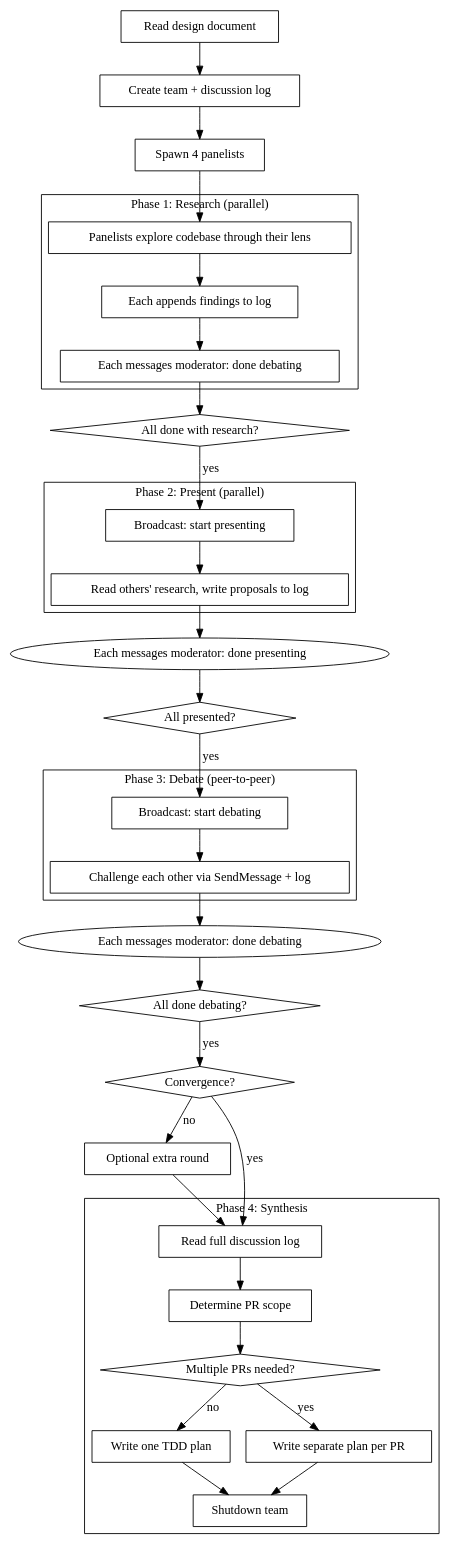
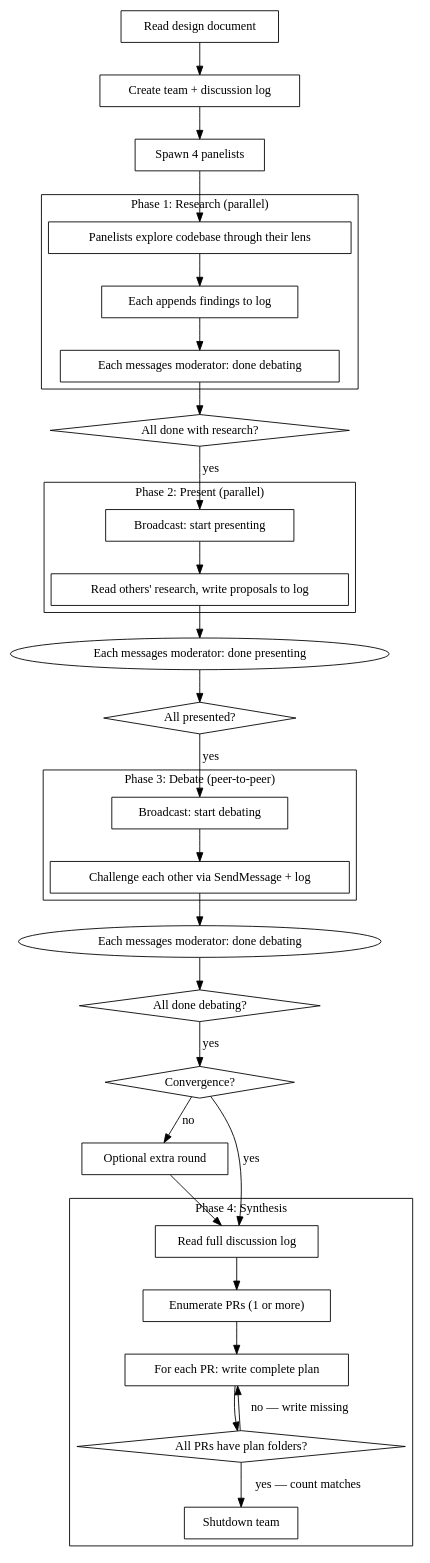
The second of 2 diagrams in skills/debating-tdd-plans/SKILL.md (Dethon/ai-dev-flow), drawn with Graphviz before and after one commit. The commit also changed other lines of this file and 4 other files, not shown here.

Commit message:
Bump plugin version to 1.0.16 and update documentation for TDD plan specifications and requirements

````diff
--- a/skills/debating-tdd-plans/SKILL.md
+++ b/skills/debating-tdd-plans/SKILL.md
@@ -55,79 +55,77 @@
 ```dot
 digraph process {
     rankdir=TB;
 
     "Read design document" [shape=box];
     "Create team + discussion log" [shape=box];
     "Spawn 4 panelists" [shape=box];
 
     subgraph cluster_research {
         label="Phase 1: Research (parallel)";
         "Panelists explore codebase through their lens" [shape=box];
         "Each appends findings to log" [shape=box];
         "Each messages moderator: done" [shape=box];
     }
 
     "All done with research?" [shape=diamond];
 
     subgraph cluster_present {
         label="Phase 2: Present (parallel)";
         "Broadcast: start presenting" [shape=box];
         "Read others' research, write proposals to log" [shape=box];
         "Each messages moderator: done" [shape=box, label="Each messages moderator: done presenting"];
     }
 
     "All presented?" [shape=diamond];
 
     subgraph cluster_debate {
         label="Phase 3: Debate (peer-to-peer)";
         "Broadcast: start debating" [shape=box];
         "Challenge each other via SendMessage + log" [shape=box];
         "Each messages moderator: done" [shape=box, label="Each messages moderator: done debating"];
     }
 
     "All done debating?" [shape=diamond];
     "Convergence?" [shape=diamond];
     "Optional extra round" [shape=box];
 
     subgraph cluster_synthesis {
         label="Phase 4: Synthesis";
         "Read full discussion log" [shape=box];
-        "Determine PR scope" [shape=box];
-        "Multiple PRs needed?" [shape=diamond];
-        "Write one TDD plan" [shape=box];
-        "Write separate plan per PR" [shape=box];
+        "Enumerate PRs (1 or more)" [shape=box];
+        "For each PR: write complete plan" [shape=box];
+        "All PRs have plan folders?" [shape=diamond];
         "Shutdown team" [shape=box];
     }
 
     "Read design document" -> "Create team + discussion log";
     "Create team + discussion log" -> "Spawn 4 panelists";
     "Spawn 4 panelists" -> "Panelists explore codebase through their lens";
     "Panelists explore codebase through their lens" -> "Each appends findings to log";
     "Each appends findings to log" -> "Each messages moderator: done";
     "Each messages moderator: done" -> "All done with research?";
 
     "All done with research?" -> "Broadcast: start presenting" [label="yes"];
 
     "Broadcast: start presenting" -> "Read others' research, write proposals to log";
     "Read others' research, write proposals to log" -> "Each messages moderator: done presenting";
     "Each messages moderator: done presenting" -> "All presented?";
 
     "All presented?" -> "Broadcast: start debating" [label="yes"];
 
     "Broadcast: start debating" -> "Challenge each other via SendMessage + log";
     "Challenge each other via SendMessage + log" -> "Each messages moderator: done debating";
     "Each messages moderator: done debating" -> "All done debating?";
 
     "All done debating?" -> "Convergence?" [label="yes"];
     "Convergence?" -> "Read full discussion log" [label="yes"];
     "Convergence?" -> "Optional extra round" [label="no"];
     "Optional extra round" -> "Read full discussion log";
 
-    "Read full discussion log" -> "Determine PR scope";
-    "Determine PR scope" -> "Multiple PRs needed?";
-    "Multiple PRs needed?" -> "Write one TDD plan" [label="no"];
-    "Multiple PRs needed?" -> "Write separate plan per PR" [label="yes"];
-    "Write one TDD plan" -> "Shutdown team";
-    "Write separate plan per PR" -> "Shutdown team";
+    "Read full discussion log" -> "Enumerate PRs (1 or more)";
+    "Enumerate PRs (1 or more)" -> "For each PR: write complete plan";
+    "For each PR: write complete plan" -> "All PRs have plan folders?";
+    "All PRs have plan folders?" -> "Shutdown team" [label="yes — count matches"];
+    "All PRs have plan folders?" -> "For each PR: write complete plan" [label="no — write missing"];
 }
 ```
````
